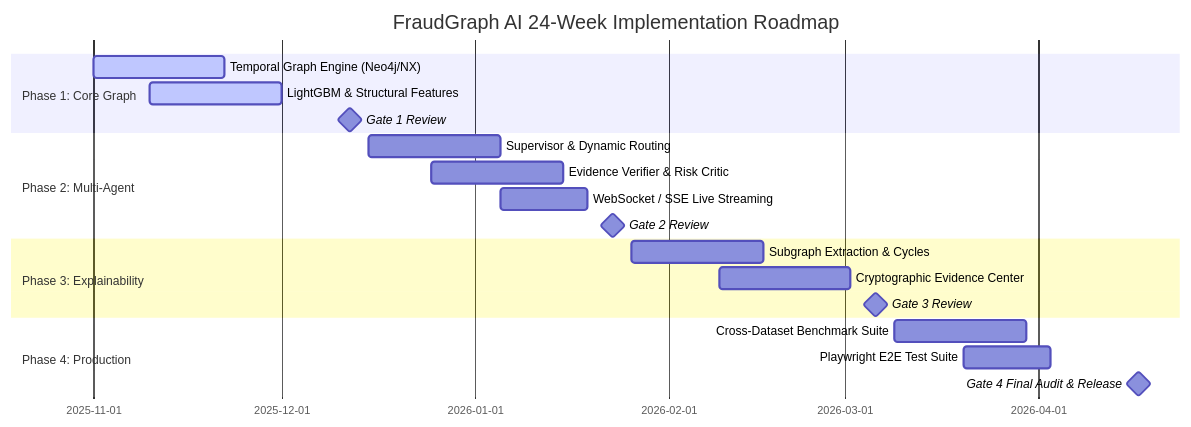
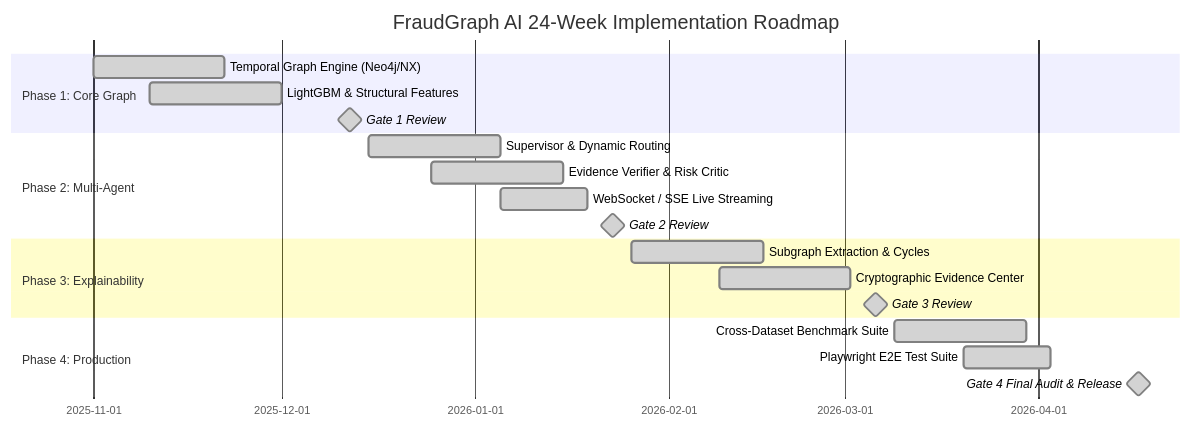
Before and after one commit to fraudgraph-ai/fraudgraph: the diagram in docs/ROADMAP.md, drawn with Mermaid. The commit also changed other lines of this file and 7 other files, not shown here.

Commit message:
feat(infra): harden production reverse proxy with SSE buffering controls and publish ADR architecture records

````diff
--- a/docs/ROADMAP.md
+++ b/docs/ROADMAP.md
@@ -9,22 +9,22 @@
 ```mermaid
 gantt
     title FraudGraph AI 24-Week Implementation Roadmap
     dateFormat  YYYY-MM-DD
     section Phase 1: Core Graph
-    Temporal Graph Engine (Neo4j/NX) :active, p1_1, 2025-11-01, 21d
-    LightGBM & Structural Features  :active, p1_2, 2025-11-10, 21d
-    Gate 1 Review                   :milestone, g1, 2025-12-12, 0d
+    Temporal Graph Engine (Neo4j/NX) :done, p1_1, 2025-11-01, 21d
+    LightGBM & Structural Features  :done, p1_2, 2025-11-10, 21d
+    Gate 1 Review                   :milestone, done, g1, 2025-12-12, 0d
     section Phase 2: Multi-Agent
-    Supervisor & Dynamic Routing    :p2_1, 2025-12-15, 21d
-    Evidence Verifier & Risk Critic :p2_2, 2025-12-25, 21d
-    WebSocket / SSE Live Streaming  :p2_3, 2026-01-05, 14d
-    Gate 2 Review                   :milestone, g2, 2026-01-23, 0d
+    Supervisor & Dynamic Routing    :done, p2_1, 2025-12-15, 21d
+    Evidence Verifier & Risk Critic :done, p2_2, 2025-12-25, 21d
+    WebSocket / SSE Live Streaming  :done, p2_3, 2026-01-05, 14d
+    Gate 2 Review                   :milestone, done, g2, 2026-01-23, 0d
     section Phase 3: Explainability
-    Subgraph Extraction & Cycles    :p3_1, 2026-01-26, 21d
-    Cryptographic Evidence Center   :p3_2, 2026-02-09, 21d
-    Gate 3 Review                   :milestone, g3, 2026-03-06, 0d
+    Subgraph Extraction & Cycles    :done, p3_1, 2026-01-26, 21d
+    Cryptographic Evidence Center   :done, p3_2, 2026-02-09, 21d
+    Gate 3 Review                   :milestone, done, g3, 2026-03-06, 0d
     section Phase 4: Production
-    Cross-Dataset Benchmark Suite   :p4_1, 2026-03-09, 21d
-    Playwright E2E Test Suite       :p4_2, 2026-03-20, 14d
-    Gate 4 Final Audit & Release    :milestone, g4, 2026-04-17, 0d
+    Cross-Dataset Benchmark Suite   :done, p4_1, 2026-03-09, 21d
+    Playwright E2E Test Suite       :done, p4_2, 2026-03-20, 14d
+    Gate 4 Final Audit & Release    :milestone, done, g4, 2026-04-17, 0d
 ```
````
